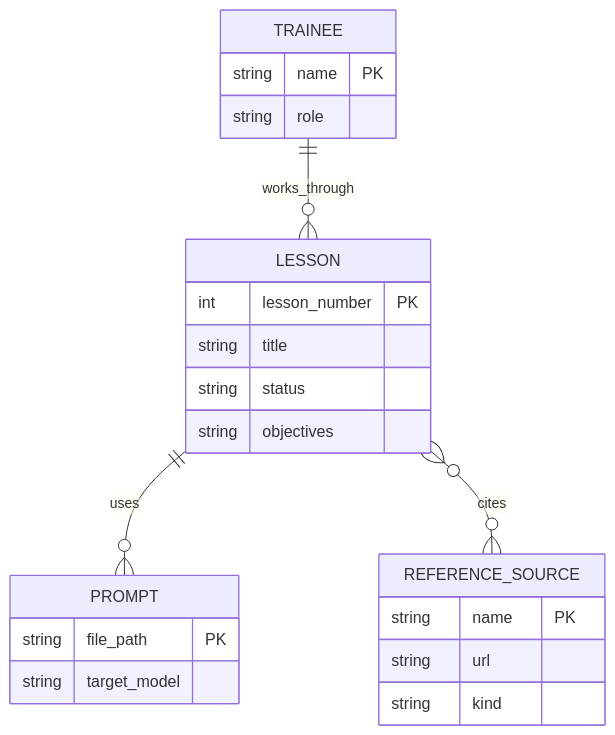
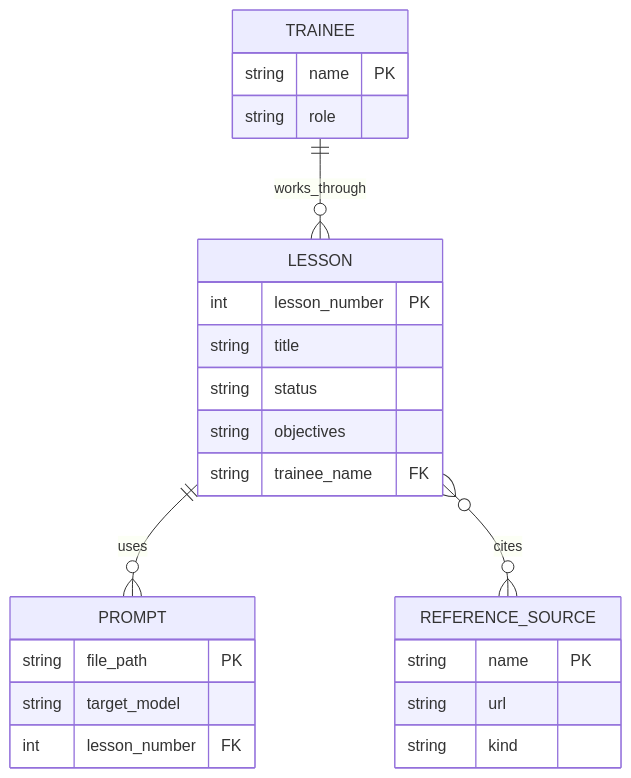
Before and after one commit to cosbykit-afk/gwen-training: the third of 3 diagrams in docs/architecture.md, drawn with Mermaid. The commit also changed other lines of this file, not shown here.

Commit message:
docs: improve architecture diagrams — grounded context, DFD, and ERD

````diff
--- a/docs/architecture.md
+++ b/docs/architecture.md
@@ -53,25 +75,27 @@
 ```mermaid
 erDiagram
     TRAINEE ||--o{ LESSON : works_through
     TRAINEE {
         string name PK
         string role
     }
     LESSON {
         int lesson_number PK
         string title
         string status
         string objectives
+        string trainee_name FK
     }
     LESSON ||--o{ PROMPT : uses
     PROMPT {
         string file_path PK
         string target_model
+        int lesson_number FK
     }
     LESSON }o--o{ REFERENCE_SOURCE : cites
     REFERENCE_SOURCE {
         string name PK
         string url
         string kind
     }
 ```
````
